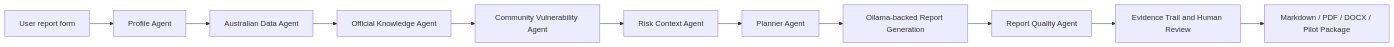
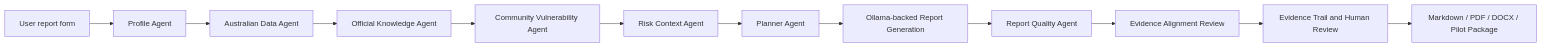
Before and after one commit to shuxiachai/BushfireReadyGPT: the diagram in README.md, drawn with Mermaid. The commit also changed other lines of this file and 36 other files, not shown here.

````diff
--- a/README.md
+++ b/README.md
@@ -299,13 +308,14 @@
 ```mermaid
 flowchart LR
     A[User report form] --> B[Profile Agent]
     B --> C[Australian Data Agent]
     C --> D[Official Knowledge Agent]
     D --> E[Community Vulnerability Agent]
     E --> F[Risk Context Agent]
     F --> G[Planner Agent]
     G --> H[Ollama-backed Report Generation]
     H --> I[Report Quality Agent]
-    I --> J[Evidence Trail and Human Review]
+    I --> G2[Evidence Alignment Review]
+    G2 --> J[Evidence Trail and Human Review]
     J --> K[Markdown / PDF / DOCX / Pilot Package]
 ```
````
